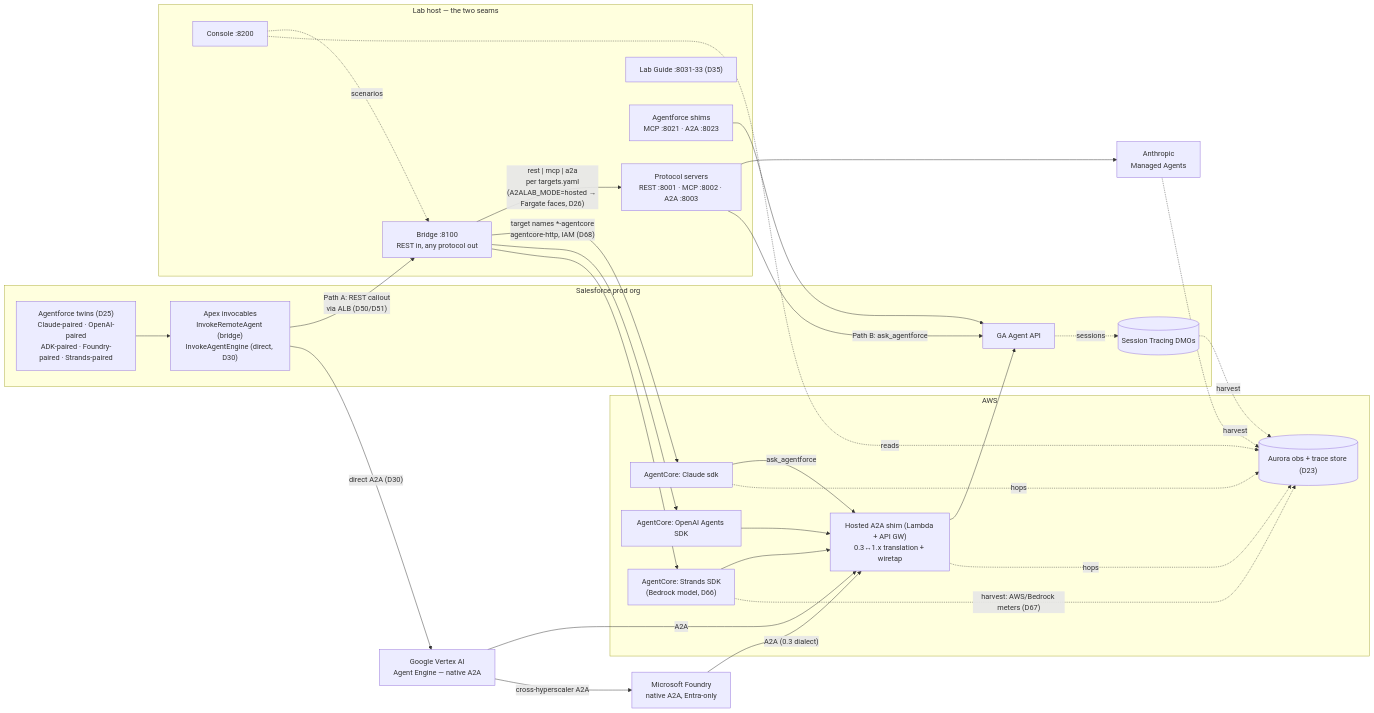
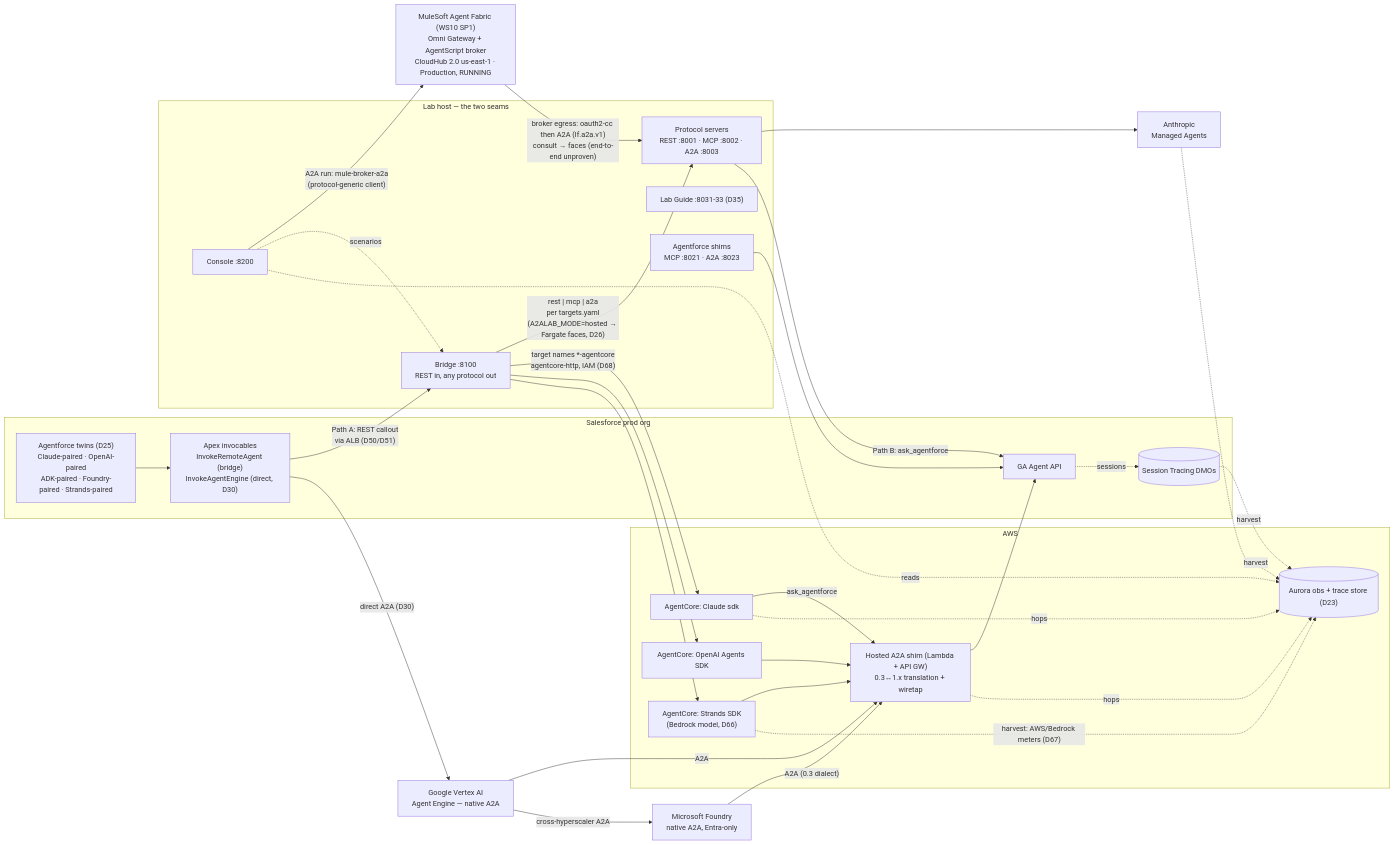
One commit to congmingwudi/a2a-lab changed the second of 4 diagrams in README.md. Above: the diagram before and after it, drawn with Mermaid. The commit also changed 11 other files, not shown here.

````diff
--- a/README.md
+++ b/README.md
@@ -268,55 +268,59 @@
 ```mermaid
 flowchart LR
     subgraph sforg["Salesforce prod org"]
         TWINS["Agentforce twins (D25)<br/>Claude-paired · OpenAI-paired<br/>ADK-paired · Foundry-paired · Strands-paired"]
         APEX["Apex invocables<br/>InvokeRemoteAgent (bridge)<br/>InvokeAgentEngine (direct, D30)"]
         AGENTAPI["GA Agent API"]
         STDM[("Session Tracing DMOs")]
         TWINS --> APEX
         AGENTAPI -. sessions .-> STDM
     end
 
     subgraph lab["Lab host — the two seams"]
         BR["Bridge :8100<br/>REST in, any protocol out"]
         SRV["Protocol servers<br/>REST :8001 · MCP :8002 · A2A :8003"]
         GUIDE["Lab Guide :8031-33 (D35)"]
         SHIMS["Agentforce shims<br/>MCP :8021 · A2A :8023"]
         CONSOLE["Console :8200"]
     end
 
     subgraph aws["AWS"]
         ACC["AgentCore: Claude sdk"]
         ACO["AgentCore: OpenAI Agents SDK"]
         ACS["AgentCore: Strands SDK<br/>(Bedrock model, D66)"]
         HSHIM["Hosted A2A shim (Lambda + API GW)<br/>0.3↔1.x translation + wiretap"]
         OBSDB[("Aurora obs + trace store (D23)")]
     end
 
     CMA["Anthropic<br/>Managed Agents"]
     ADK["Google Vertex AI<br/>Agent Engine — native A2A"]
     FDY["Microsoft Foundry<br/>native A2A, Entra-only"]
 
+    MULEBK["MuleSoft Agent Fabric (WS10 SP1)<br/>Omni Gateway + AgentScript broker<br/>CloudHub 2.0 us-east-1 · Production, RUNNING"]
+
     APEX -- "Path A: REST callout<br/>via ALB (D50/D51)" --> BR
     APEX -- "direct A2A (D30)" --> ADK
     BR -- "rest | mcp | a2a<br/>per targets.yaml<br/>(A2ALAB_MODE=hosted → Fargate faces, D26)" --> SRV
     BR -- "target names *-agentcore<br/>agentcore-http, IAM (D68)" --> ACC
     BR --> ACO
     BR --> ACS
     SRV --> CMA
     SRV -- "Path B: ask_agentforce" --> AGENTAPI
     SHIMS --> AGENTAPI
     ACC -- ask_agentforce --> HSHIM
     ACO --> HSHIM
     ACS --> HSHIM
     ADK -- A2A --> HSHIM
     FDY -- "A2A (0.3 dialect)" --> HSHIM
     ADK -- "cross-hyperscaler A2A" --> FDY
     HSHIM --> AGENTAPI
+    CONSOLE -- "A2A run: mule-broker-a2a<br/>(protocol-generic client)" --> MULEBK
+    MULEBK -- "broker egress: oauth2-cc then A2A (lf.a2a.v1)<br/>consult → faces (end-to-end unproven)" --> SRV
     CONSOLE -.scenarios.-> BR
     CONSOLE -.reads.-> OBSDB
     HSHIM -.hops.-> OBSDB
     ACC -.hops.-> OBSDB
     STDM -.harvest.-> OBSDB
     CMA -.harvest.-> OBSDB
     ACS -. "harvest: AWS/Bedrock meters (D67)" .-> OBSDB
 ```
````
